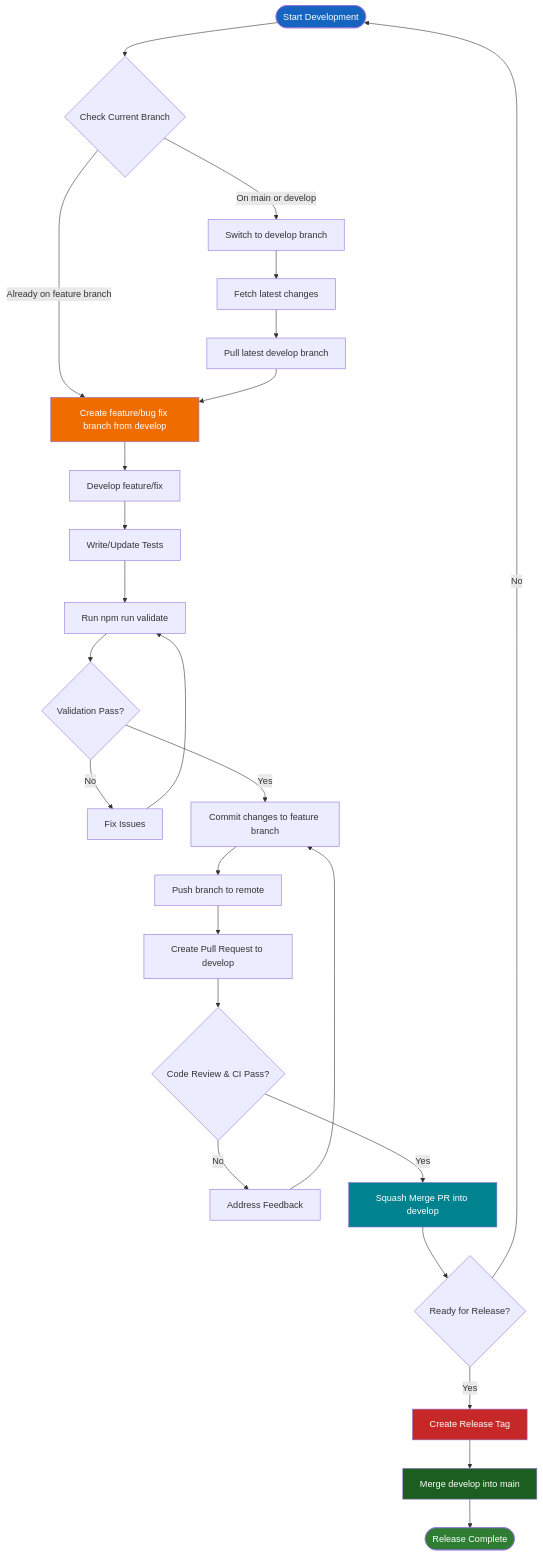
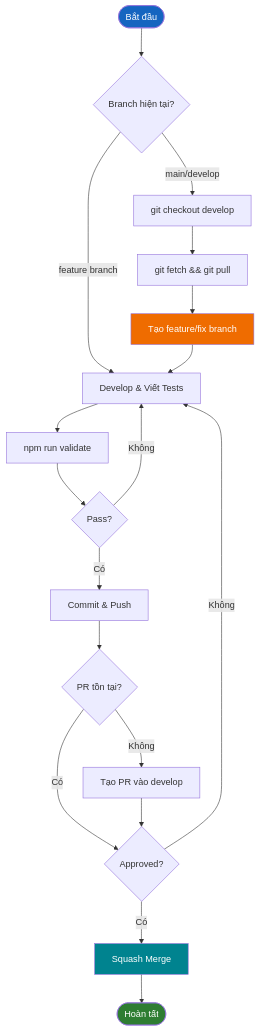
One commit to thinhtran3588/nextjs-starter-kit changed the diagram in docs/development-guide-vi.md. Above: the diagram before and after it, drawn with Mermaid. The commit also changed other lines of this file and 208 other files, not shown here.

First line of the commit message:
refactor: reorganize modules into Clean Architecture layers (#36)

````diff
--- a/docs/development-guide-vi.md
+++ b/docs/development-guide-vi.md
@@ -21,34 +31,25 @@
 ```mermaid
 flowchart TD
-    Start([Start Development]) --> CheckBranch{Check Current Branch}
-    CheckBranch -->|On main or develop| SwitchToDevelop[Switch to develop branch]
-    CheckBranch -->|Already on feature branch| CreateFeatureBranch
-    SwitchToDevelop --> FetchLatest[Fetch latest changes]
-    FetchLatest --> PullDevelop[Pull latest develop branch]
-    PullDevelop --> CreateFeatureBranch[Create feature/bug fix branch from develop]
-    CreateFeatureBranch --> Develop[Develop feature/fix]
-    Develop --> WriteTests[Write/Update Tests]
-    WriteTests --> RunValidation[Run npm run validate]
-    RunValidation --> ValidationPass{Validation Pass?}
-    ValidationPass -->|No| FixIssues[Fix Issues]
-    FixIssues --> RunValidation
-    ValidationPass -->|Yes| Commit[Commit changes to feature branch]
-    Commit --> Push[Push branch to remote]
-    Push --> CreatePR[Create Pull Request to develop]
-    CreatePR --> Review{Code Review & CI Pass?}
-    Review -->|No| AddressFeedback[Address Feedback]
-    AddressFeedback --> Commit
-    Review -->|Yes| SquashMerge[Squash Merge PR into develop]
-    SquashMerge --> ReleaseReady{Ready for Release?}
-    ReleaseReady -->|No| Start
-    ReleaseReady -->|Yes| CreateTag[Create Release Tag]
-    CreateTag --> MergeToMain[Merge develop into main]
-    MergeToMain --> End([Release Complete])
+    Start([Bắt đầu]) --> CheckBranch{Branch hiện tại?}
+    CheckBranch -->|main/develop| SwitchDevelop[git checkout develop]
+    CheckBranch -->|feature branch| Develop
+    SwitchDevelop --> FetchPull[git fetch && git pull]
+    FetchPull --> CreateBranch[Tạo feature/fix branch]
+    CreateBranch --> Develop[Develop & Viết Tests]
+    Develop --> Validate[npm run validate]
+    Validate --> Pass{Pass?}
+    Pass -->|Không| Develop
+    Pass -->|Có| Commit[Commit & Push]
+    Commit --> PRExists{PR tồn tại?}
+    PRExists -->|Không| CreatePR[Tạo PR vào develop]
+    PRExists -->|Có| Review
+    CreatePR --> Review{Approved?}
+    Review -->|Không| Develop
+    Review -->|Có| Merge[Squash Merge]
+    Merge --> Done([Hoàn tất])
 
     style Start fill:#1565c0,color:#fff
-    style End fill:#2e7d32,color:#fff
-    style CreateFeatureBranch fill:#ef6c00,color:#fff
-    style SquashMerge fill:#00838f,color:#fff
-    style CreateTag fill:#c62828,color:#fff
-    style MergeToMain fill:#1b5e20,color:#fff
+    style Done fill:#2e7d32,color:#fff
+    style CreateBranch fill:#ef6c00,color:#fff
+    style Merge fill:#00838f,color:#fff
 ```
````
